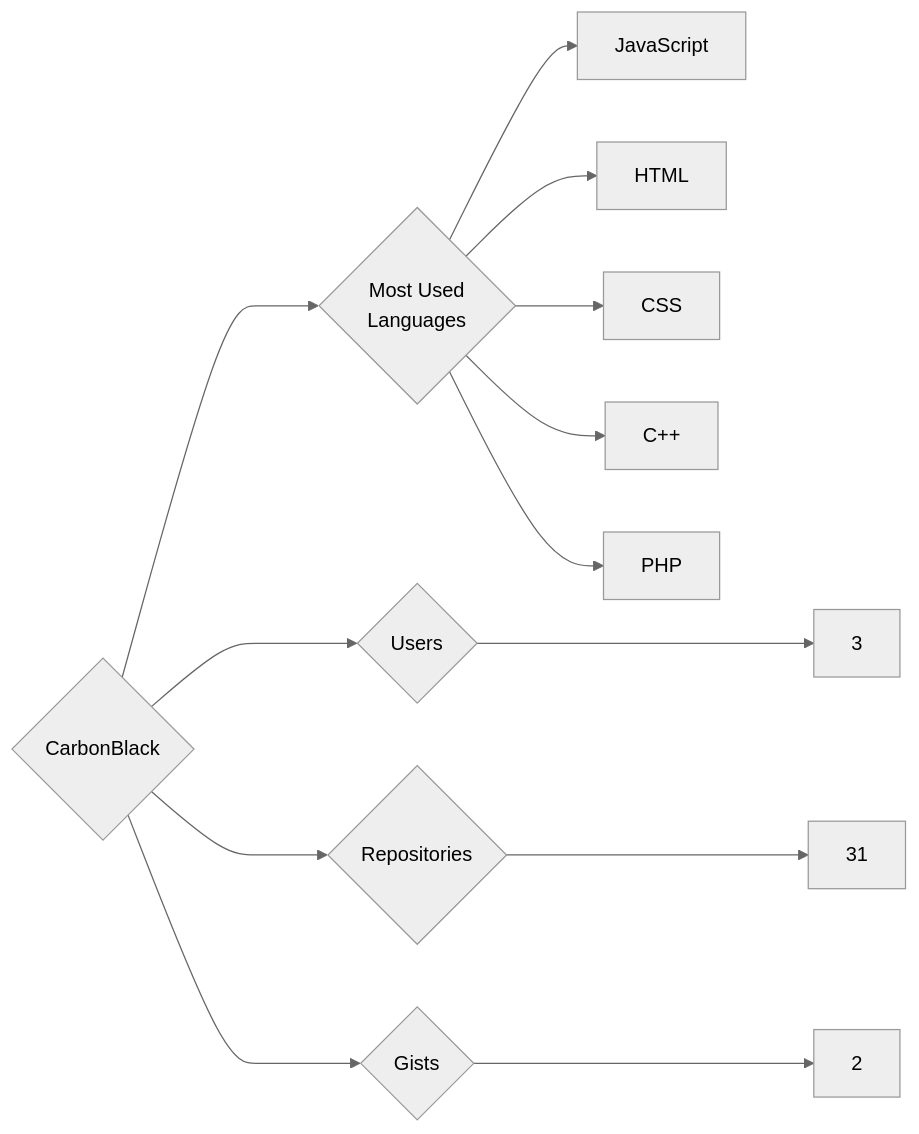
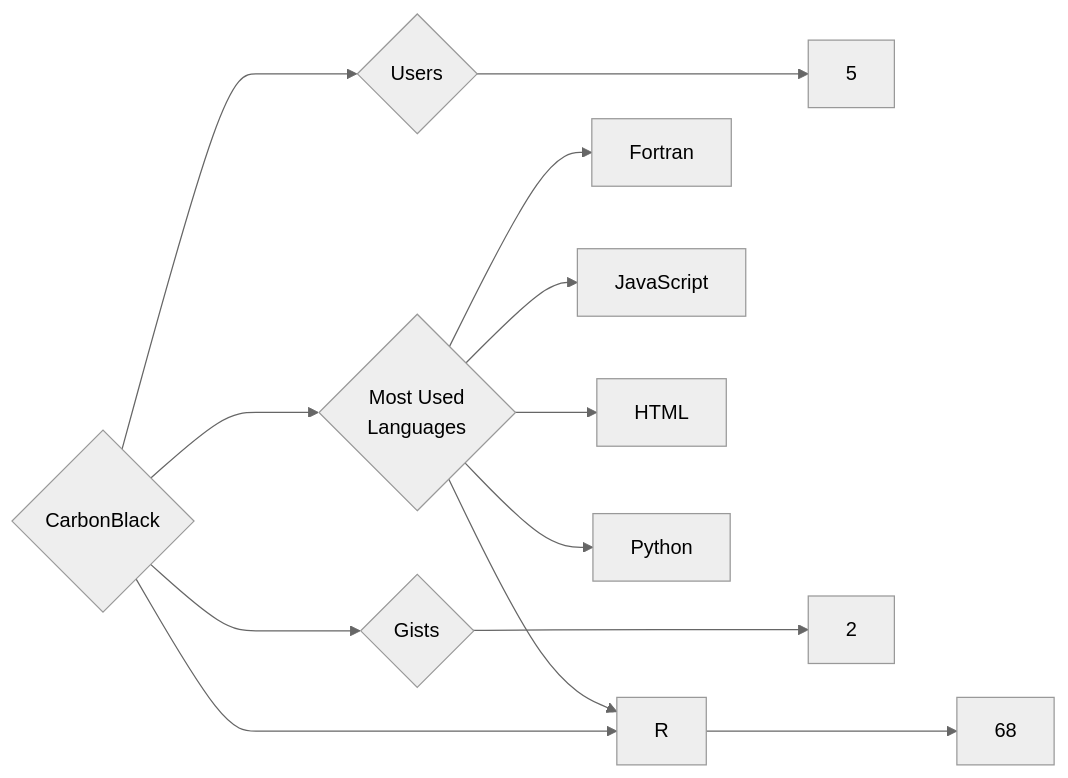
Before and after one commit to trickest/insiders: the diagram in targets/CarbonBlack/README.md, drawn with Mermaid (neutral theme). The commit also changed 837 other files, not shown here.

````diff
--- a/targets/CarbonBlack/README.md
+++ b/targets/CarbonBlack/README.md
@@ -3,13 +3,13 @@
 ```mermaid
 graph LR
 COMPANY_NAME{CarbonBlack}
-COMPANY_NAME ---> U{Users} ---> UN[3]
-COMPANY_NAME ---> R{Repositories} ---> RN[31]
+COMPANY_NAME ---> U{Users} ---> UN[5]
+COMPANY_NAME ---> R{Repositories} ---> RN[68]
 COMPANY_NAME ---> G{Gists} ---> GN[2]
 COMPANY_NAME ---> ML{Most Used<br>Languages}
+ML --> Fortran[Fortran]
 ML --> JavaScript[JavaScript]
 ML --> HTML[HTML]
-ML --> CSS[CSS]
-ML --> C++[C++]
-ML --> PHP[PHP]
+ML --> R[R]
+ML --> Python[Python]
 ```
````
